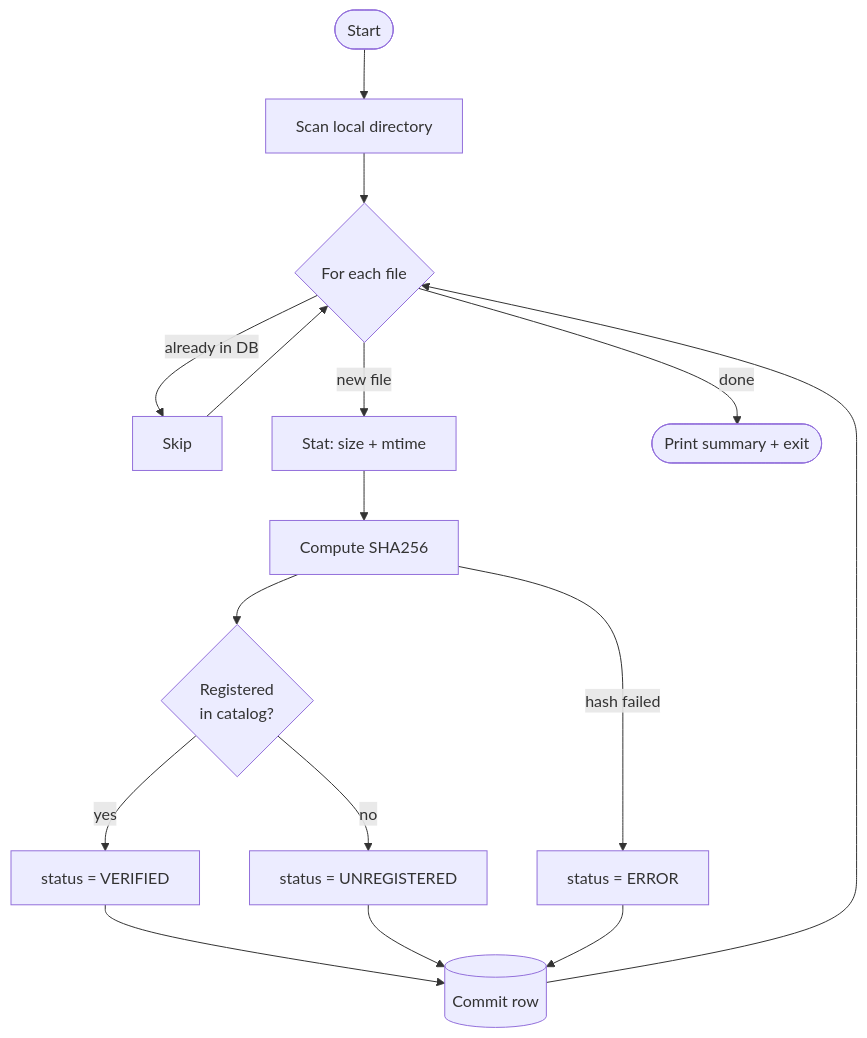
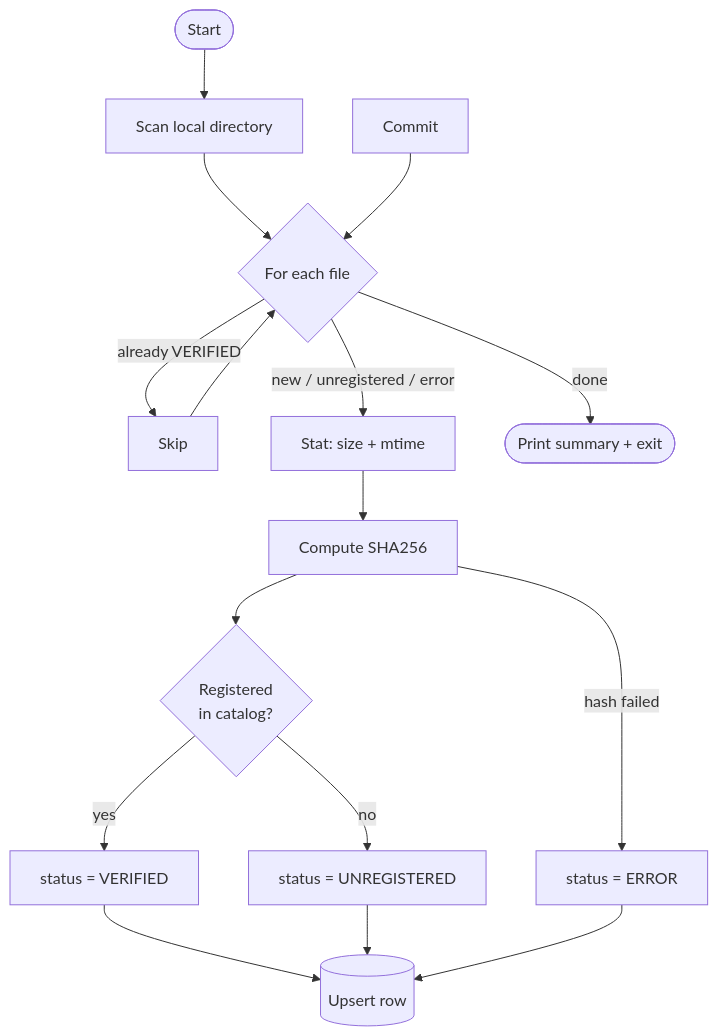
One commit to omar-moreno/cdms-verify changed the second of 2 diagrams in README.md. Above: the diagram before and after it, drawn with Mermaid. The commit also changed other lines of this file and 5 other files, not shown here.

````diff
--- a/README.md
+++ b/README.md
@@ -133,18 +133,18 @@
 ```mermaid
 flowchart TD
     Start([Start]) --> Scan[Scan local directory]
     Scan --> Loop{For each file}
-    Loop -->|already in DB| Skip[Skip]
-    Loop -->|new file| Stat[Stat: size + mtime]
+    Loop -->|already VERIFIED| Skip[Skip]
+    Loop -->|new / unregistered / error| Stat[Stat: size + mtime]
     Stat --> Hash[Compute SHA256]
     Hash --> Check{Registered<br/>in catalog?}
     Check -->|yes| Verified[status = VERIFIED]
     Check -->|no| Unreg[status = UNREGISTERED]
     Hash -->|hash failed| Err[status = ERROR]
-    Verified --> Commit[(Commit row)]
-    Unreg --> Commit
-    Err --> Commit
+    Verified --> Upsert[(Upsert row)]
+    Unreg --> Upsert
+    Err --> Upsert
     Commit --> Loop
     Skip --> Loop
     Loop -->|done| Summary([Print summary + exit])
 ```
````
